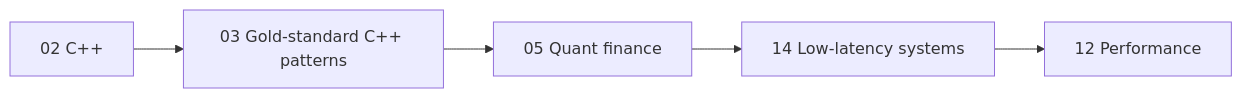
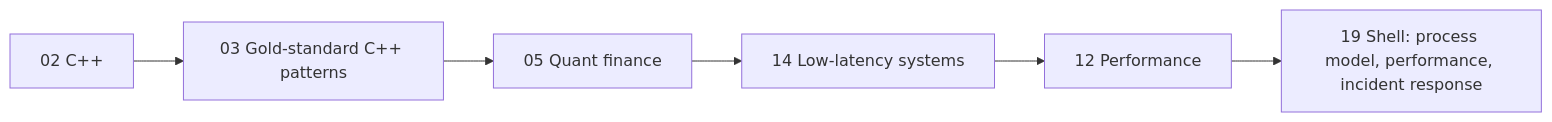
One commit to shreejitverma/SDE-Interview-Prep changed the third of 5 diagrams in 00-Start-Here/Roadmap.md. Above: the diagram before and after it, drawn with Mermaid. The commit also changed other lines of this file and 429 other files, not shown here.

````diff
--- a/00-Start-Here/Roadmap.md
+++ b/00-Start-Here/Roadmap.md
@@ -62,7 +66,8 @@
 ```mermaid
 flowchart LR
     Cpp["02 C++"] --> Gold["03 Gold-standard C++ patterns"]
     Gold --> Q["05 Quant finance"]
     Q --> LL["14 Low-latency systems"]
     LL --> Perf["12 Performance"]
+    Perf --> Sh["19 Shell: process model, performance, incident response"]
 ```
````
